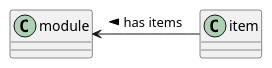
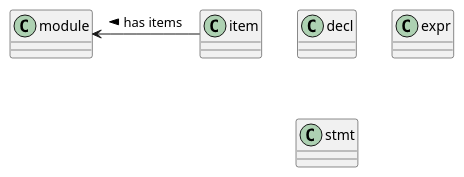
The diagram in doc/ast.puml (travisdoor/bl), drawn with PlantUML before and after one commit. The commit also changed 12 other files, not shown here.

```diff
--- a/doc/ast.puml
+++ b/doc/ast.puml
@@ -1,12 +1,16 @@
 @startuml
 
 class module {
 }
 
 class item {
 
 }
 
+class decl
+class expr
+class stmt
+
 module <- item: < has items
 
 @enduml
```
